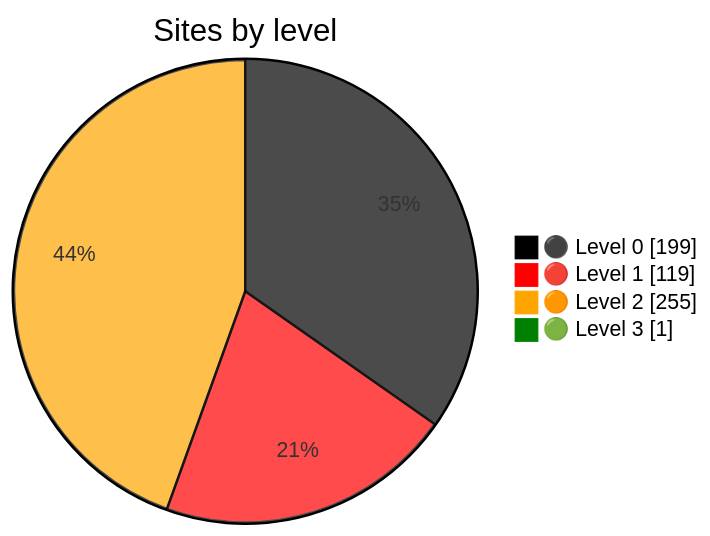
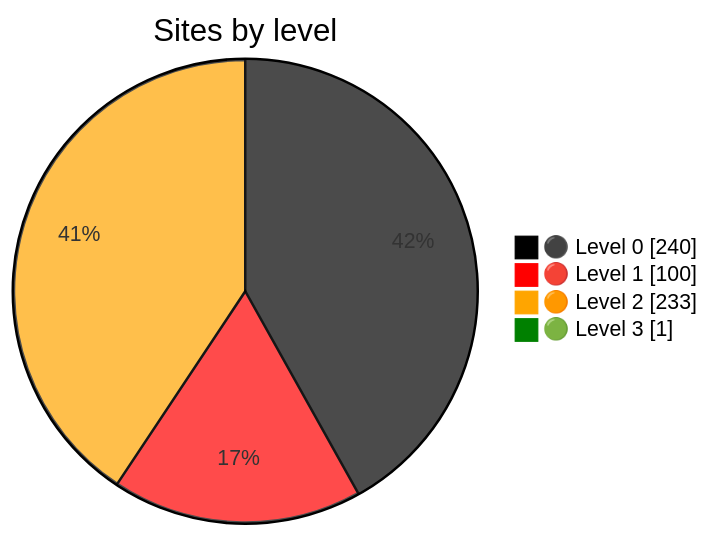
The diagram in README.md (Dushmilan/gov_lk_web_auditor), drawn with Mermaid before and after one commit. The commit also changed other lines of this file and 2616 other files, not shown here.

````diff
--- a/README.md
+++ b/README.md
@@ -24,9 +24,9 @@
 ```mermaid
 %%{init: {"themeVariables":{"pie1":"black","pie2":"red","pie3":"orange","pie4":"green"}}}%%
 pie showData
     title Sites by level
-    "⚫ Level 0" : 199
-    "🔴 Level 1" : 119
-    "🟠 Level 2" : 255
+    "⚫ Level 0" : 240
+    "🔴 Level 1" : 100
+    "🟠 Level 2" : 233
     "🟢 Level 3" : 1
 ```
````
